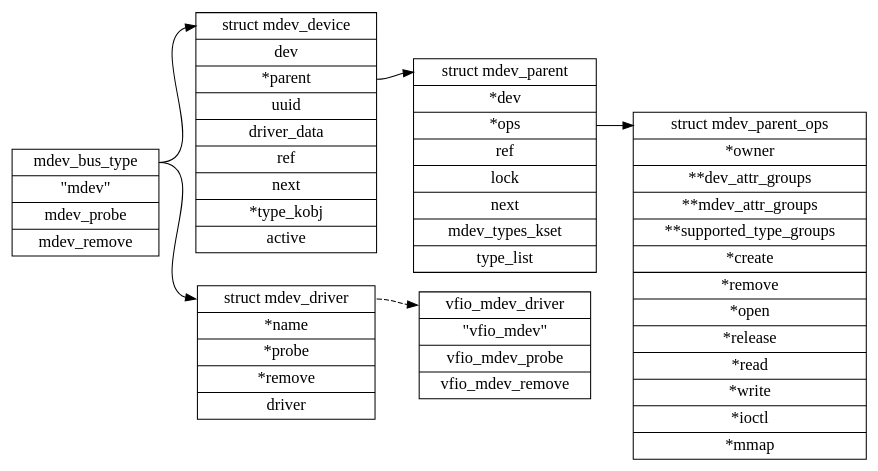
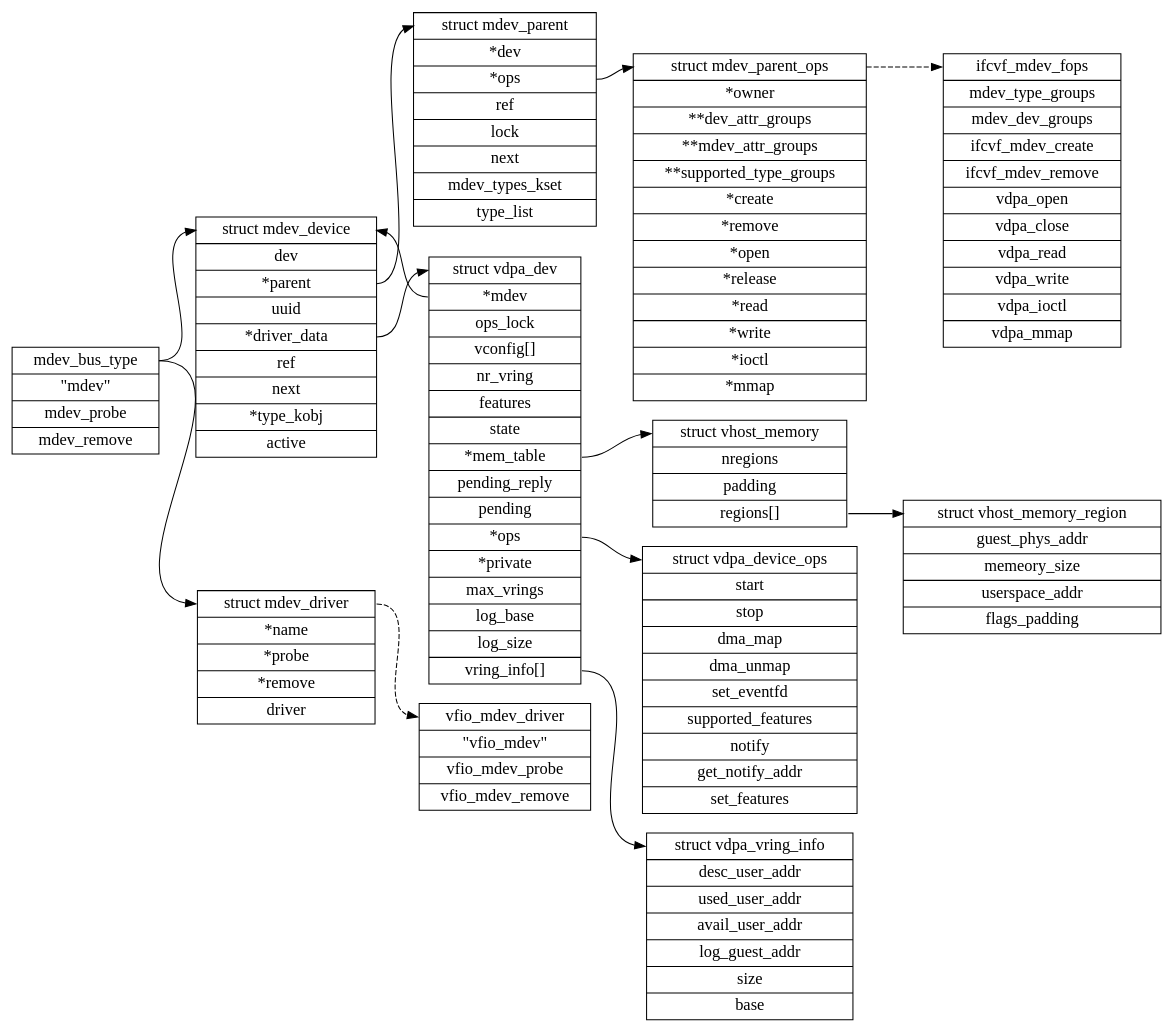
The diagram in mdev/mdev-structure.dot (muryo/graphviz-dotfiles), drawn with Graphviz before and after one commit.

Commit message:
mdev: fix

```diff
--- a/mdev/mdev-structure.dot
+++ b/mdev/mdev-structure.dot
@@ -1,51 +1,110 @@
 digraph mdev {
 	graph [
 		rankdir = "LR"
 	];
 	node [
-		fontsize = "16"
-		shape = "ellipse"
+		fontsize = "16";
+		shape = "ellipse";
 	];
 	edge [
 	];
+
 	"mdev_bus" [
 		label = "<f0> mdev_bus_type | <f1> \"mdev\" | <f2> mdev_probe | <f3> mdev_remove"
-		shape = "record"
+			shape = "record"
 	];
+
 	"mdev_device" [
-		label = "<f0> struct mdev_device | <f1> dev | <f2> *parent | <f3> uuid | <f4> driver_data | <f5> ref | <f6> next | <f7> *type_kobj | <f8> active"
-		shape = "record"
+		label = "<f0> struct mdev_device | <f1> dev | <f2> *parent | <f3> uuid | <f4> *driver_data | <f5> ref | <f6> next | <f7> *type_kobj | <f8> active"
+			shape = "record"
 	];
+
 	"mdev_parent" [
 		label = "<f0> struct mdev_parent | <f1> *dev | <f2> *ops | <f3> ref | <f4> lock | <f5> next | <f6> mdev_types_kset | <f7> type_list"
-		shape = "record"
+			shape = "record"
 	];
+
 	"mdev_parent_ops" [
 		label = "<f0> struct mdev_parent_ops | <f1> *owner | <f2> **dev_attr_groups | <f3> **mdev_attr_groups | <f4> **supported_type_groups | <f5> *create | <f6> *remove | <f7> *open | <f8> *release | <f9> *read | <f10> *write | <f11> *ioctl | <f12> *mmap"
-		shape = "record"
+			shape = "record"
 	];
+
 	"mdev_driver" [
 		label = "<f0> struct mdev_driver | <f1> *name | <f2> *probe | <f3> *remove | <f4> driver"
+			shape = "record"
+	];
+
+	"vdpa_dev" [
+		label = "<f0> struct vdpa_dev | <f1> *mdev | <f2> ops_lock | <f3> vconfig[] | <f4> nr_vring | <f5> features | <f6> state | <f7> *mem_table | <f8> pending_reply | <f9> pending | <f10> *ops | <f11> *private | <f12> max_vrings | <f13> log_base | <f14> log_size | <f15> vring_info[]"
+			shape = "record"
+	];
+
+	"vhost_memory" [
+		label = "<f0> struct vhost_memory | <f1> nregions | <f2> padding | <f3> regions[]";
 		shape = "record"
 	];
 
+	"vhost_memory_region" [
+		label = "<f0> struct vhost_memory_region | <f1> guest_phys_addr | <f2> memeory_size | <f3> userspace_addr | <f4> flags_padding"
+		shape = "record"
+	];
+
+
 	"vfio_mdev_driver" [
-		       label = "<f0>  vfio_mdev_driver | <f1> \"vfio_mdev\" | <f2> vfio_mdev_probe | <f3> vfio_mdev_remove"
-		       shape = "record"
-		       ];
+		label = "<f0>  vfio_mdev_driver | <f1> \"vfio_mdev\" | <f2> vfio_mdev_probe | <f3> vfio_mdev_remove"
+		shape = "record"
+	];
+
+	"vdpa_device_ops" [
+		label = "<f0> struct vdpa_device_ops | <f1> start | <f2> stop | <f3> dma_map | <f4> dma_unmap | <f5> set_eventfd | <f6> supported_features | <f7> notify | <f8> get_notify_addr | <f9> set_features"
+		shape = "record"
+	]
+
+	"vdpa_vring_info" [
+			   label = "<f0> struct vdpa_vring_info | <f1> desc_user_addr | <f2> used_user_addr | <f3> avail_user_addr | <f4> log_guest_addr | <f5> size | <f6> base"
+			   shape = "record"
+	]
+
+	"ifcvf_mdev_fops" [
+			   label = "<f0> ifcvf_mdev_fops | <f1> mdev_type_groups | <f2> mdev_dev_groups | <f3> ifcvf_mdev_create | <f4> ifcvf_mdev_remove | <f5> vdpa_open | <f6> vdpa_close | <f7> vdpa_read | <f8> vdpa_write | <f9> vdpa_ioctl | <f10> vdpa_mmap"
+			   shape = "record"
+	]
 	"mdev_bus": f0 -> "mdev_device": f0 [
 		id = 0
 	];
 	"mdev_bus": f0 -> "mdev_driver": f0 [
 		id = 1
-		];
+	];
 	"mdev_device":f2 -> "mdev_parent":f0 [
 		id = 2
 	];
 	"mdev_parent":f2 -> "mdev_parent_ops":f0 [
 		id = 3
 	];
 	"mdev_driver": f0 -> "vfio_mdev_driver": f0 [
-						     style=dashed
-						     ];
+		style = dashed
+		id = 4
+	];
+	"vdpa_dev": f1 -> "mdev_device": f0 [
+		id = 5
+	];
+	"mdev_device": f4 -> "vdpa_dev": f0 [
+		id = 6
+	];
+	"vdpa_dev": f7 -> "vhost_memory": f0 [
+		id = 7;
+	];
+	"vhost_memory": f3 -> "vhost_memory_region": f0 [
+		id = 8;
+	];
+	"vdpa_dev": f10 -> "vdpa_device_ops": f0 [
+		id = 9
+	];
+	"vdpa_dev": f15 -> "vdpa_vring_info": f0 [
+		id = 10
+	]
+	"mdev_parent_ops": f0 -> "ifcvf_mdev_fops": f0 [
+							style = dashed
+							id = 11
+	]
 }
```
